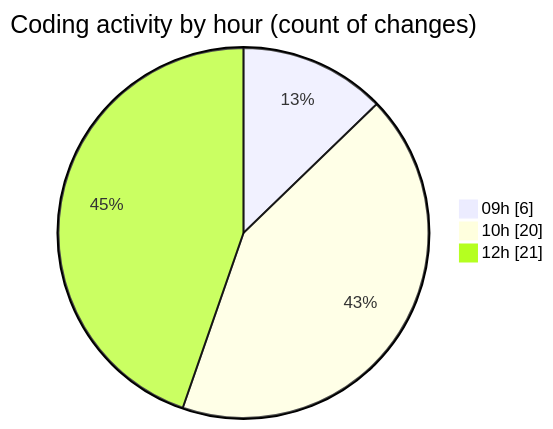
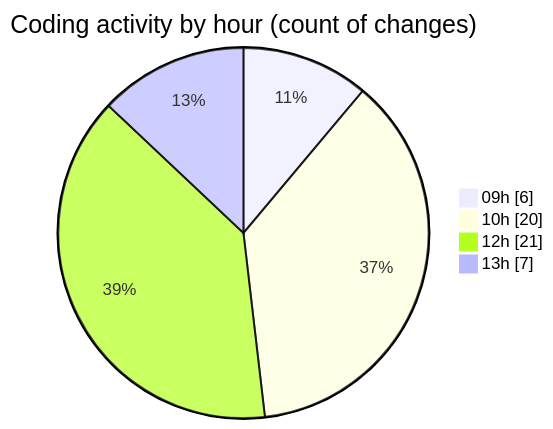
Before and after one commit to becaeroporto-bot/code-tracking: the second of 2 diagrams in 2026-02-18/bot_v1_2/README.md, drawn with Mermaid. The commit also changed other lines of this file and 1 other file, not shown here.

````diff
--- a/2026-02-18/bot_v1_2/README.md
+++ b/2026-02-18/bot_v1_2/README.md
@@ -53,7 +55,8 @@
 ```mermaid
 pie showData
 title Coding activity by hour (count of changes)
 "09h" : 6
 "10h" : 20
 "12h" : 21
+"13h" : 7
 ```
````
